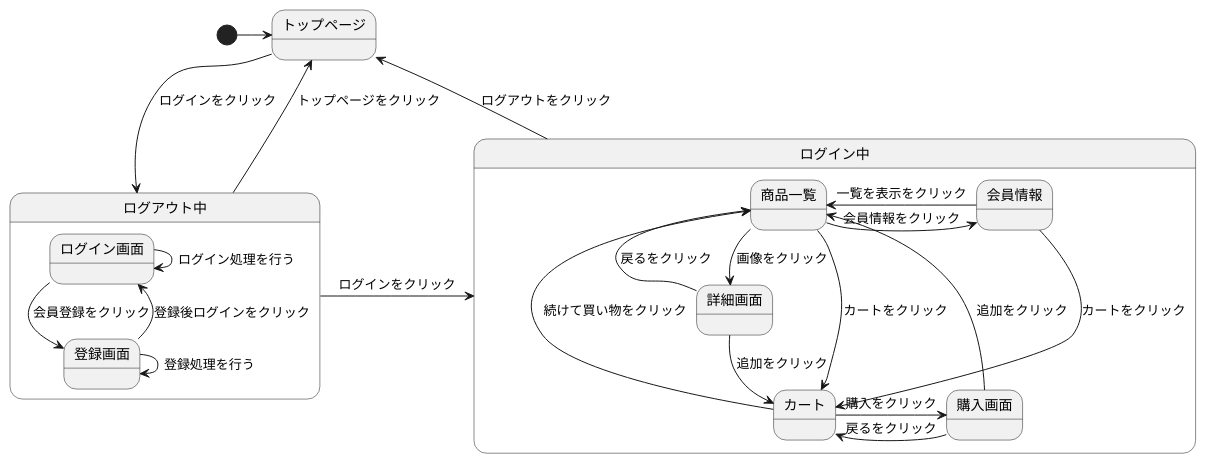
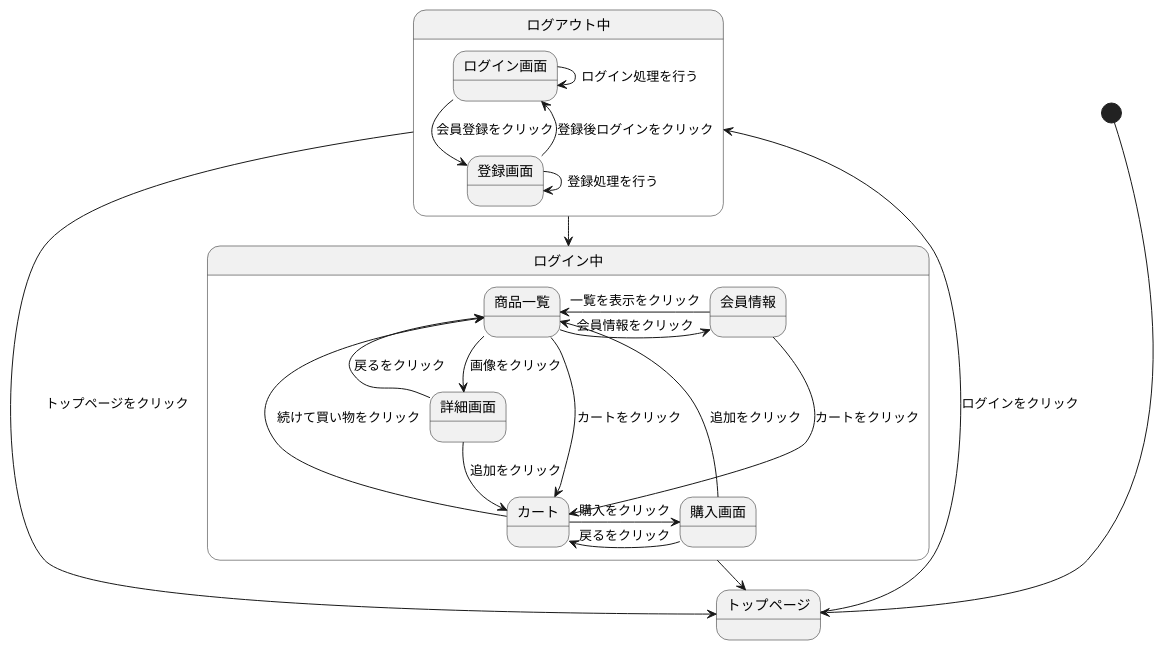
Before and after one commit to Aso2001409/2021sys-design: the diagram in gamen2.md, drawn with PlantUML.

````diff
--- a/gamen2.md
+++ b/gamen2.md
@@ -1,28 +1,28 @@
 ```uml
 @startuml
-[*]->トップページ
+[*]-->トップページ
 トップページ-->ログアウト中 :ログインをクリック
 ログアウト中->トップページ :トップページをクリック
 ログイン中->トップページ : ログアウトをクリック
 state ログアウト中{
   ログイン画面-->登録画面 :会員登録をクリック
   ログイン画面->ログイン画面 :ログイン処理を行う
   登録画面->登録画面 :登録処理を行う
   登録画面--> ログイン画面 :登録後ログインをクリック
 }
 ログアウト中->ログイン中 :ログインをクリック
 state ログイン中{
   商品一覧-->詳細画面 :画像をクリック
   商品一覧--->カート :カートをクリック
   商品一覧->会員情報 :会員情報をクリック
   詳細画面->商品一覧 :戻るをクリック
   詳細画面->カート :追加をクリック
   カート->商品一覧 :続けて買い物をクリック
   カート->購入画面 :購入をクリック
   購入画面->カート :戻るをクリック
   購入画面->商品一覧 :追加をクリック
   会員情報->商品一覧 :一覧を表示をクリック
   会員情報->カート :カートをクリック
   }
 @enduml
 ```
````
